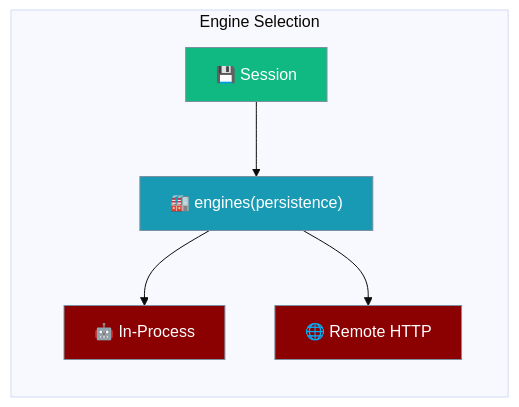
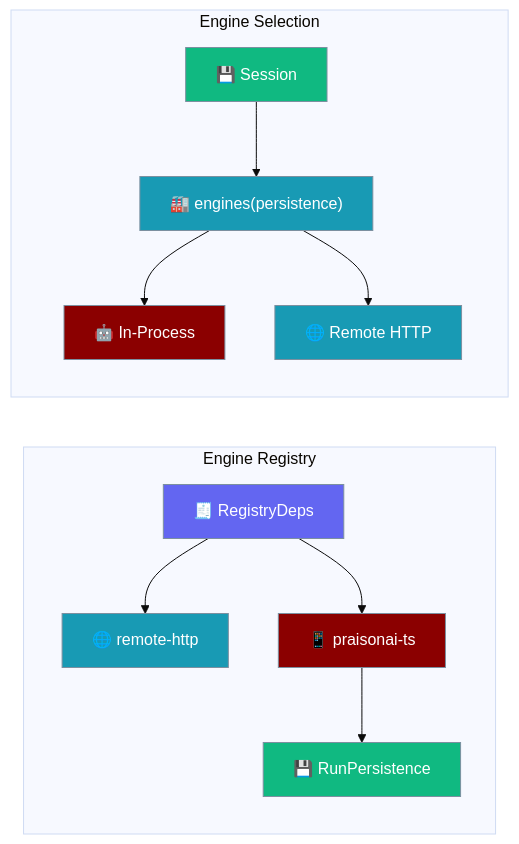
One commit to MervinPraison/PraisonAIDocs changed the first of 2 diagrams in docs/features/mobile/engines.mdx. Above: the diagram before and after it, drawn with Mermaid (base theme). The commit also changed other lines of this file and 4 other files, not shown here.

````diff
--- a/docs/features/mobile/engines.mdx
+++ b/docs/features/mobile/engines.mdx
@@ -10,16 +10,29 @@
 ```mermaid
 graph LR
+    subgraph "Engine Registry"
+        R[🧾 RegistryDeps] --> H[🌐 remote-http]
+        R --> I[📱 praisonai-ts]
+        I --> P[💾 RunPersistence]
+    end
+
     subgraph "Engine Selection"
         Session[💾 Session] --> Factory[🏭 engines#40;persistence#41;]
         Factory --> InProc[🤖 In-Process]
         Factory --> Remote[🌐 Remote HTTP]
     end
 
+    classDef reg fill:#6366F1,stroke:#7C90A0,color:#fff
+    classDef remote fill:#189AB4,stroke:#7C90A0,color:#fff
+    classDef inproc fill:#8B0000,stroke:#7C90A0,color:#fff
     classDef store fill:#10B981,stroke:#7C90A0,color:#fff
     classDef process fill:#189AB4,stroke:#7C90A0,color:#fff
-    classDef engine fill:#8B0000,stroke:#7C90A0,color:#fff
 
+    class R reg
+    class H remote
+    class I inproc
+    class P store
     class Session store
     class Factory process
-    class InProc,Remote engine
+    class InProc inproc
+    class Remote remote
 ```
````
